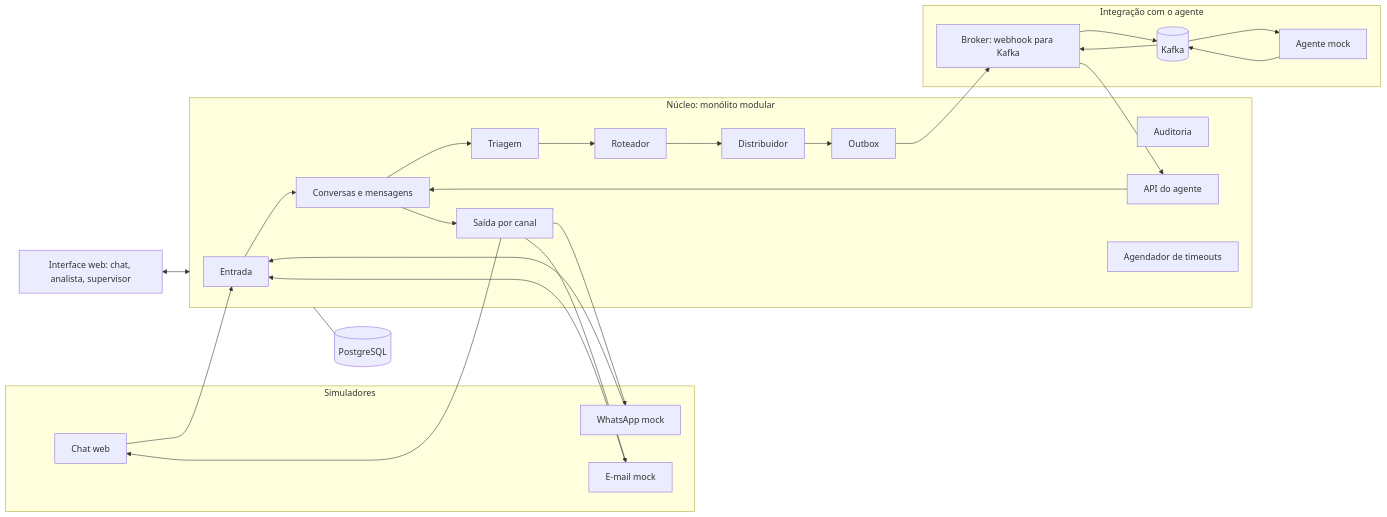
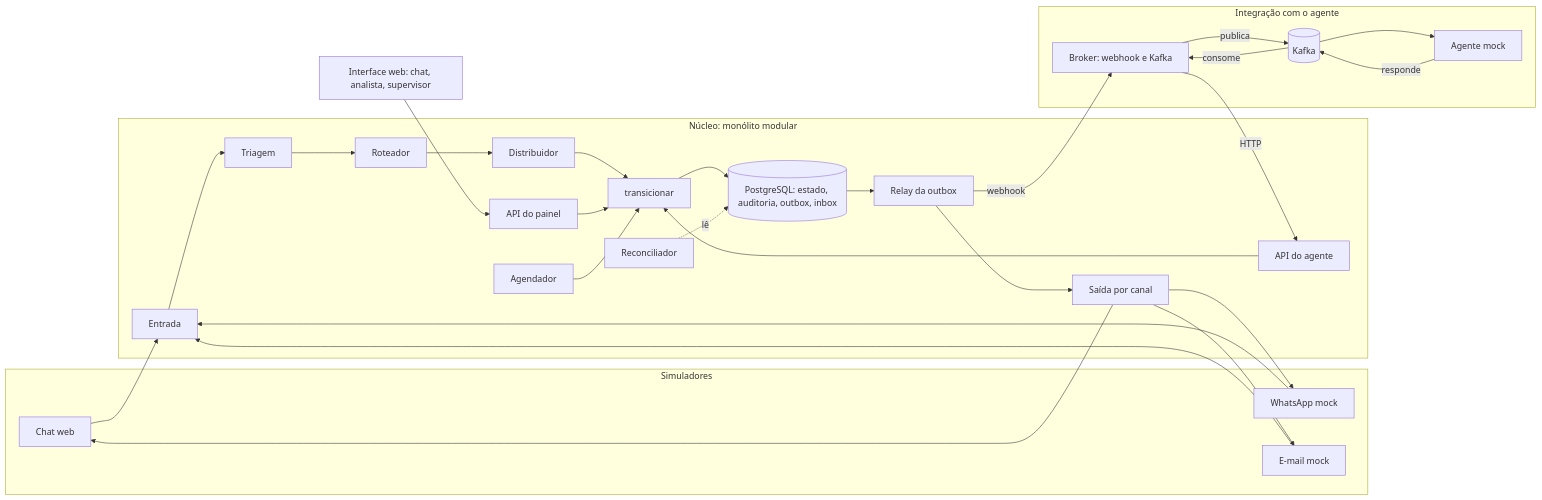
The fourth of 5 diagrams in Contexto_projeto/arquitetura.md (igor-rodriguess/Case_CloudWalk), drawn with Mermaid before and after one commit. The commit also changed other lines of this file and 2 other files, not shown here.

First line of the commit message:
docs: diagramas da arquitetura e guia de implementação

````diff
--- a/Contexto_projeto/arquitetura.md
+++ b/Contexto_projeto/arquitetura.md
@@ -138,38 +166,38 @@
 ```mermaid
 flowchart LR
     subgraph Simuladores
         SC[Chat web]
         SW[WhatsApp mock]
         SE[E-mail mock]
     end
 
     subgraph Nucleo[Núcleo: monólito modular]
-        IN[Entrada]
-        TR[Triagem]
-        RO[Roteador]
-        DI[Distribuidor]
-        CV[Conversas e mensagens]
-        AU[Auditoria]
-        OB[Outbox]
-        AG[API do agente]
-        SA[Saída por canal]
-        SLA[Agendador de timeouts]
+        IN[Entrada] --> TR[Triagem] --> RO[Roteador] --> DI[Distribuidor]
+        DI --> TX[transicionar]
+        AG[API do agente] --> TX
+        PA[API do painel] --> TX
+        SLA[Agendador] --> TX
+        TX --> DB[(PostgreSQL: estado, auditoria, outbox, inbox)]
+        DB --> OB[Relay da outbox]
+        OB --> SA[Saída por canal]
+        RC[Reconciliador] -. lê .-> DB
     end
 
     subgraph Integracao[Integração com o agente]
-        BR[Broker: webhook para Kafka]
+        BR[Broker: webhook e Kafka]
         K[(Kafka)]
         MK[Agente mock]
     end
 
     UI[Interface web: chat, analista, supervisor]
-    DB[(PostgreSQL)]
 
     SC & SW & SE --> IN
-    IN --> CV --> TR --> RO --> DI
-    DI --> OB --> BR --> K --> MK
-    MK --> K --> BR --> AG --> CV
-    CV --> SA --> SC & SW & SE
-    UI <--> Nucleo
-    Nucleo --- DB
+    OB -- webhook --> BR
+    BR -- publica --> K
+    K --> MK
+    MK -- responde --> K
+    K -- consome --> BR
+    BR -- HTTP --> AG
+    SA --> SC & SW & SE
+    UI --> PA
 ```
````
